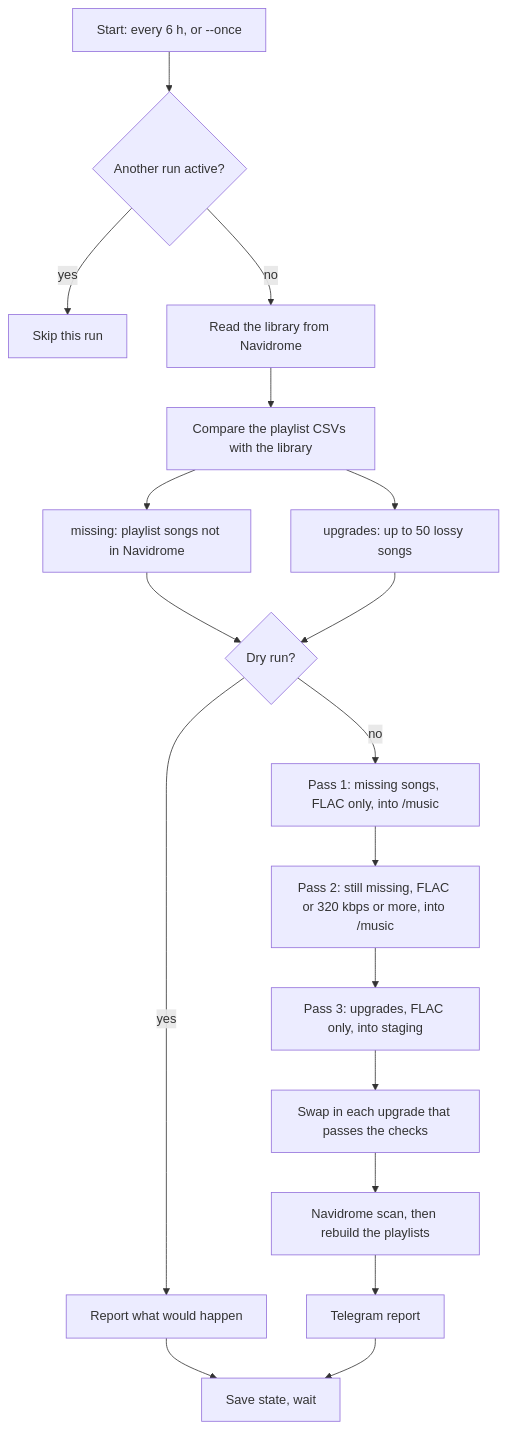
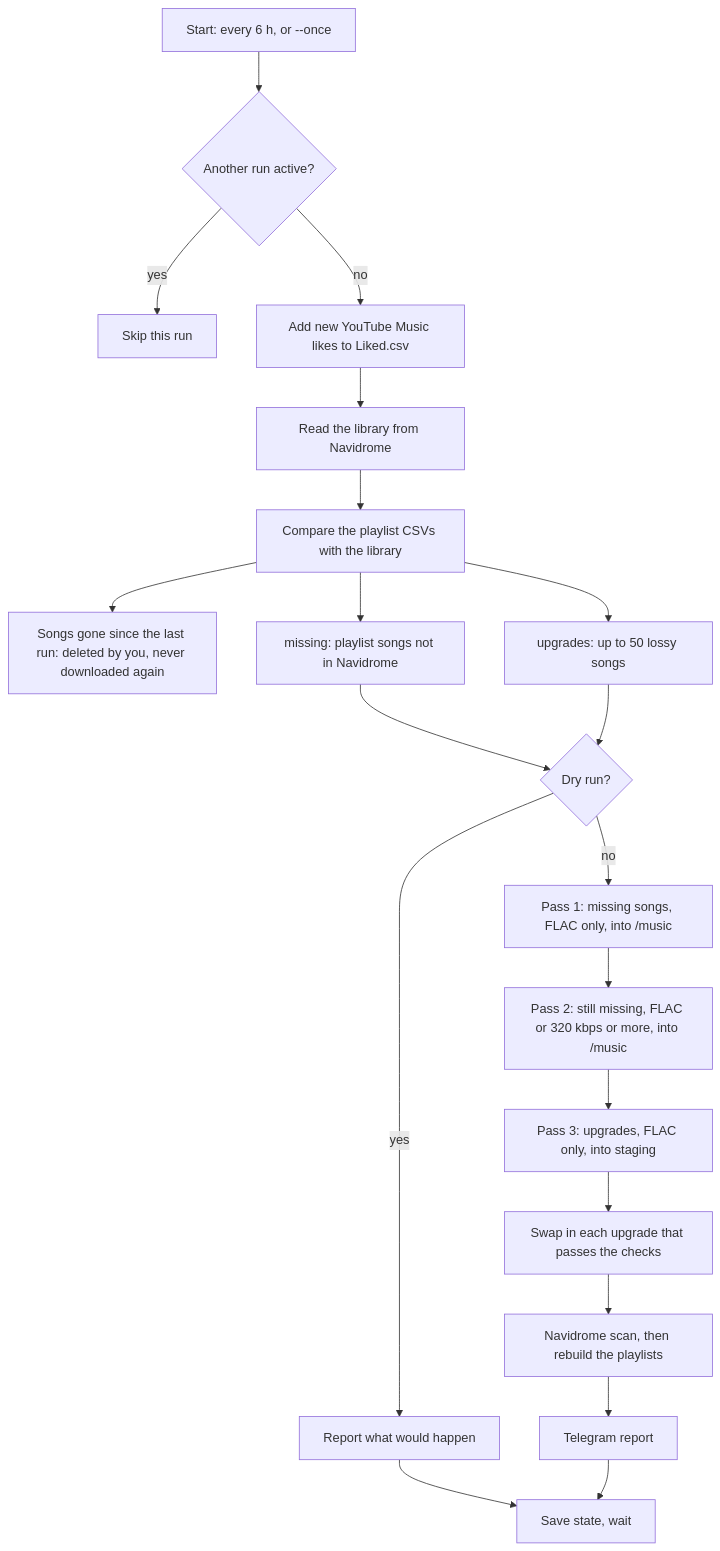
One commit to prinzpiuz/Druv changed the diagram in docs/music-sync.md. Above: the diagram before and after it, drawn with Mermaid. The commit also changed other lines of this file and 6 other files, not shown here.

First line of the commit message:
feat(music-sync): add YouTube Music likes and skip songs deleted by hand

````diff
--- a/docs/music-sync.md
+++ b/docs/music-sync.md
@@ -99,19 +101,21 @@
 ```mermaid
 flowchart TD
     A[Start: every 6 h, or --once] --> L{Another run active?}
     L -- yes --> Z[Skip this run]
-    L -- no --> B[Read the library from Navidrome]
+    L -- no --> Y[Add new YouTube Music likes to Liked.csv]
+    Y --> B[Read the library from Navidrome]
     B --> C[Compare the playlist CSVs with the library]
+    C --> X[Songs gone since the last run: deleted by you, never downloaded again]
     C --> D[missing: playlist songs not in Navidrome]
     C --> E[upgrades: up to 50 lossy songs]
     D --> DR{Dry run?}
     E --> DR
     DR -- yes --> R1[Report what would happen] --> END[Save state, wait]
     DR -- no --> F[Pass 1: missing songs, FLAC only, into /music]
     F --> G[Pass 2: still missing, FLAC or 320 kbps or more, into /music]
     G --> H[Pass 3: upgrades, FLAC only, into staging]
     H --> I[Swap in each upgrade that passes the checks]
     I --> J[Navidrome scan, then rebuild the playlists]
     J --> K[Telegram report]
     K --> END
 ```
````
